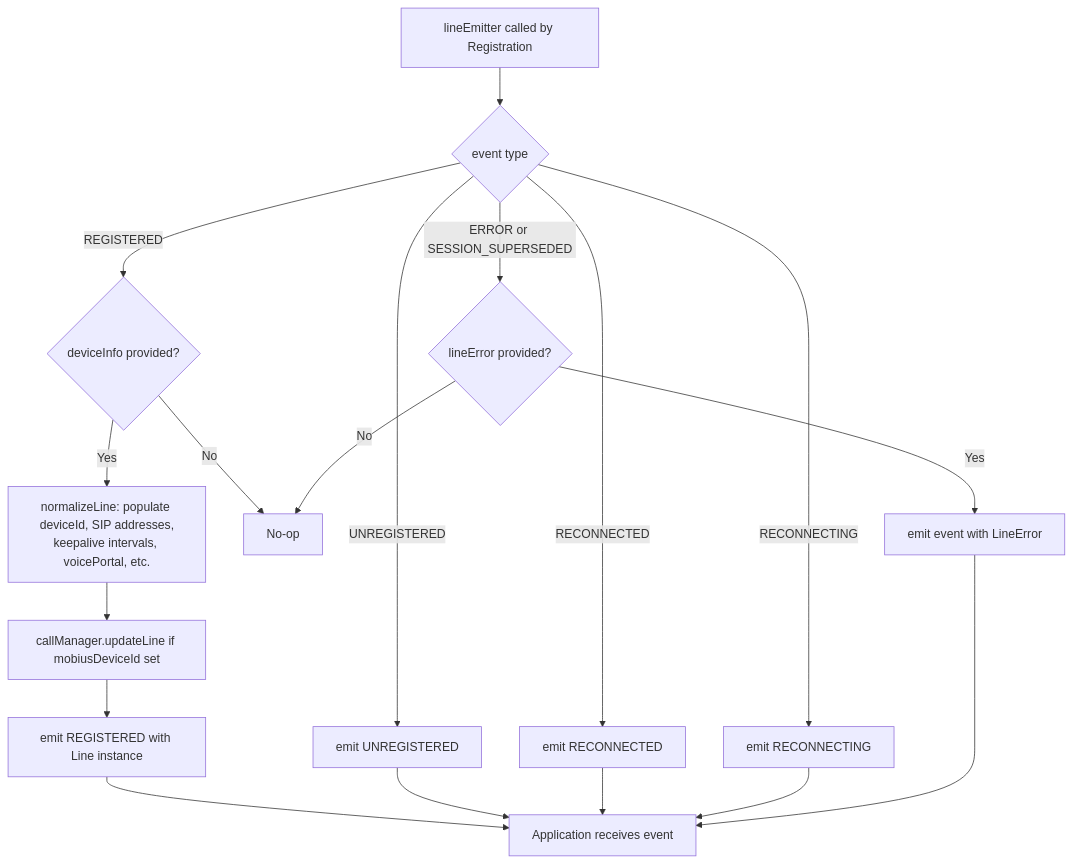
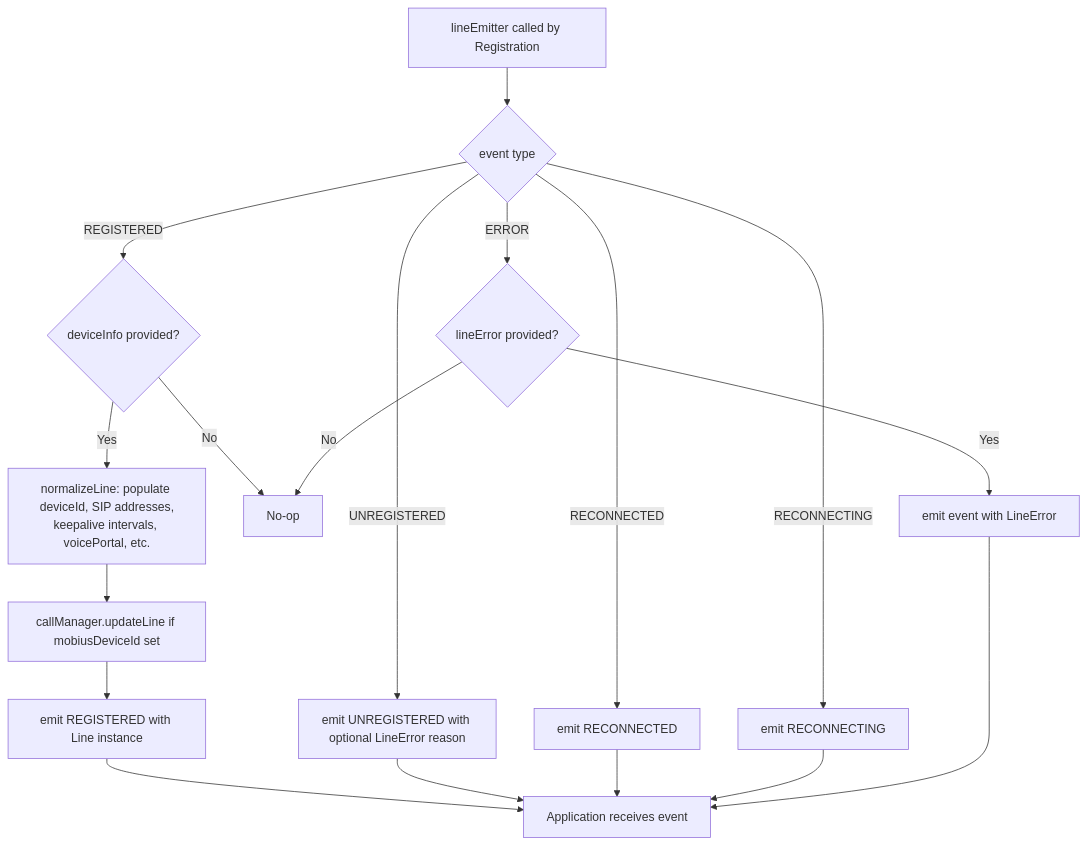
Before and after one commit to webex/webex-js-sdk: the second of 8 diagrams in packages/calling/src/CallingClient/line/ai-docs/line-spec.md, drawn with Mermaid. The commit also changed other lines of this file and 20 other files, not shown here.

````diff
--- a/packages/calling/src/CallingClient/line/ai-docs/line-spec.md
+++ b/packages/calling/src/CallingClient/line/ai-docs/line-spec.md
@@ -309,24 +307,24 @@
 ```mermaid
 flowchart TD
   A[lineEmitter called by Registration] --> B{event type}
 
   B -->|REGISTERED| C{deviceInfo provided?}
   C -- Yes --> D[normalizeLine: populate deviceId, SIP addresses,<br/>keepalive intervals, voicePortal, etc.]
   D --> E[callManager.updateLine if mobiusDeviceId set]
   E --> F[emit REGISTERED with Line instance]
   C -- No --> Z[No-op]
 
-  B -->|UNREGISTERED| G[emit UNREGISTERED]
+  B -->|UNREGISTERED| G[emit UNREGISTERED with optional LineError reason]
   B -->|RECONNECTED| H[emit RECONNECTED]
   B -->|RECONNECTING| I[emit RECONNECTING]
 
-  B -->|ERROR or SESSION_SUPERSEDED| J{lineError provided?}
+  B -->|ERROR| J{lineError provided?}
   J -- Yes --> K[emit event with LineError]
   J -- No --> Z
 
   F --> APP[Application receives event]
   G --> APP
   H --> APP
   I --> APP
   K --> APP
 ```
````
